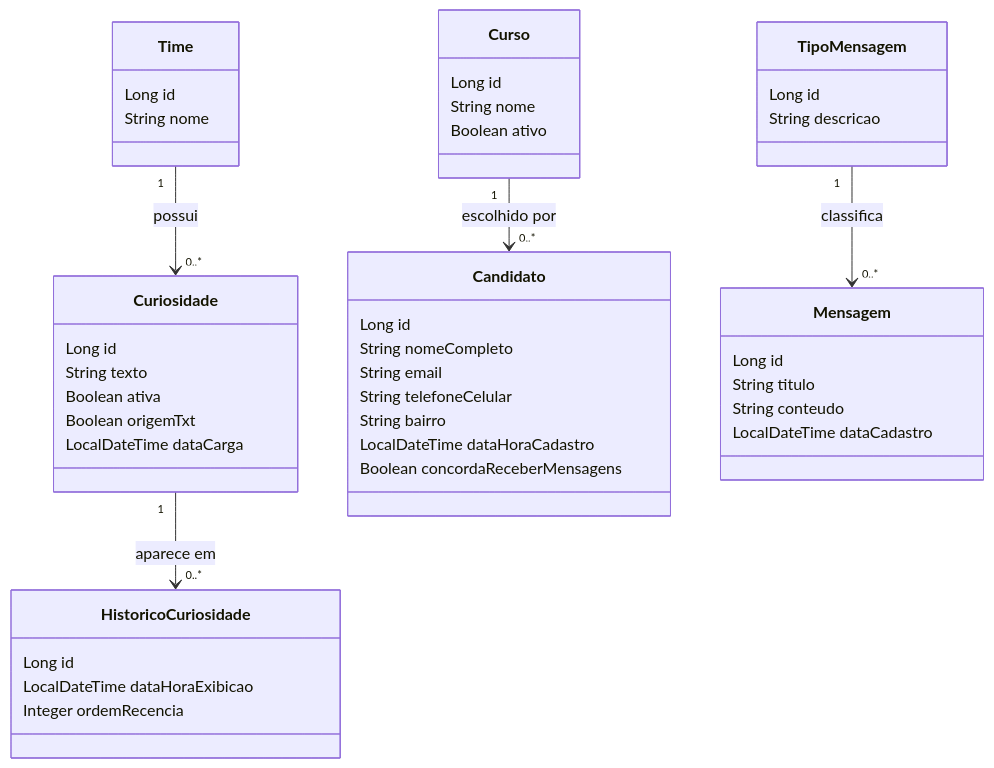
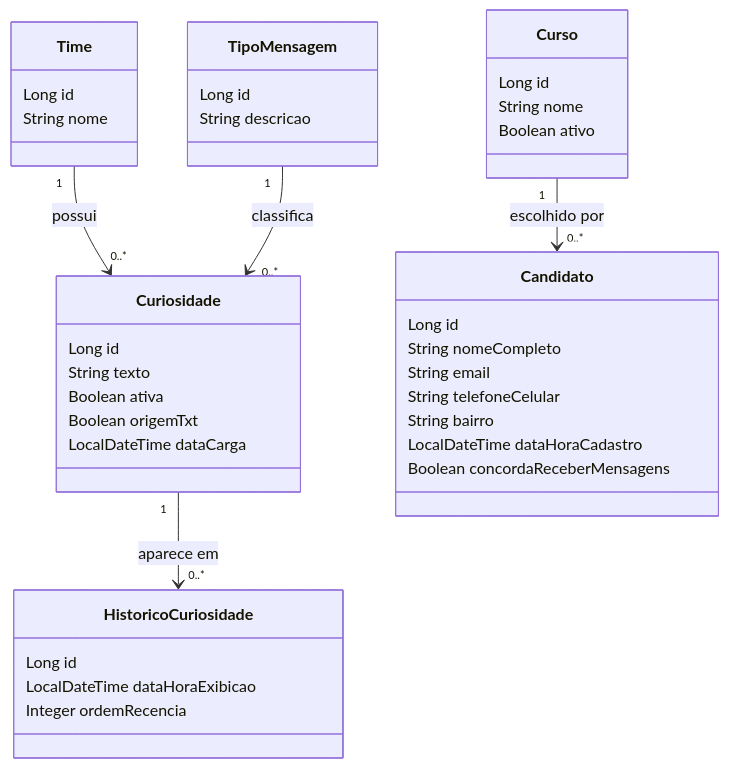
One commit to andrelamego/portal-vestibular-fatec changed the diagram in doc/class_diagram/class_diagram.mermaid. Above: the diagram before and after it, drawn with Mermaid. The commit also changed 1 other file, not shown here.

Commit message:
docs: atualiza relacionamentos entre curiosidade e tipoMensagem e remove classe mensagem

```diff
--- a/doc/class_diagram/class_diagram.mermaid
+++ b/doc/class_diagram/class_diagram.mermaid
@@ -1,53 +1,46 @@
 classDiagram
 
 class Time {
   Long id
   String nome
 }
 
 class Curiosidade {
   Long id
   String texto
   Boolean ativa
   Boolean origemTxt
   LocalDateTime dataCarga
 }
 
 class HistoricoCuriosidade {
   Long id
   LocalDateTime dataHoraExibicao
   Integer ordemRecencia
 }
 
 class Curso {
   Long id
   String nome
   Boolean ativo
 }
 
 class Candidato {
   Long id
   String nomeCompleto
   String email
   String telefoneCelular
   String bairro
   LocalDateTime dataHoraCadastro
   Boolean concordaReceberMensagens
 }
 
 class TipoMensagem {
   Long id
   String descricao
 }
 
-class Mensagem {
-  Long id
-  String titulo
-  String conteudo
-  LocalDateTime dataCadastro
-}
-
 Time "1" --> "0..*" Curiosidade : possui
 Curiosidade "1" --> "0..*" HistoricoCuriosidade : aparece em
 Curso "1" --> "0..*" Candidato : escolhido por
-TipoMensagem "1" --> "0..*" Mensagem : classifica
+TipoMensagem "1" --> "0..*" Curiosidade : classifica
```
